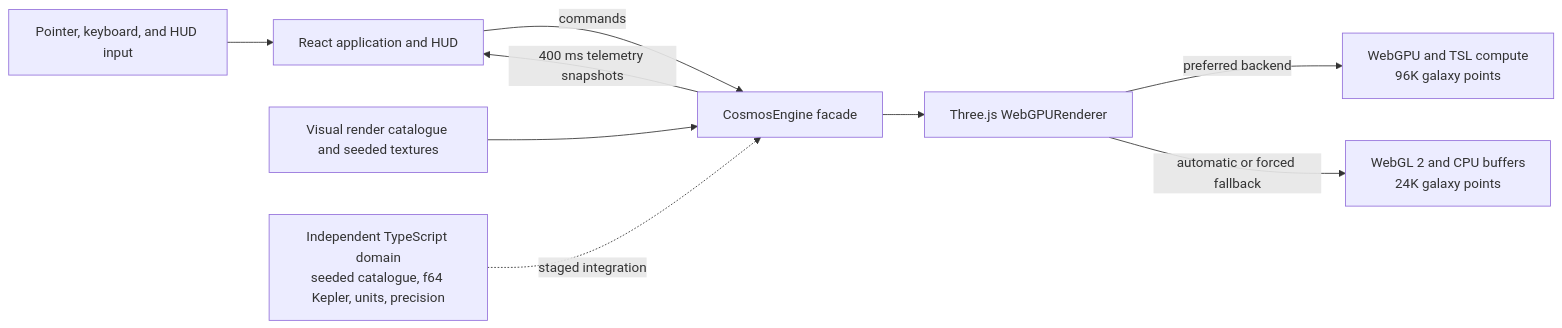
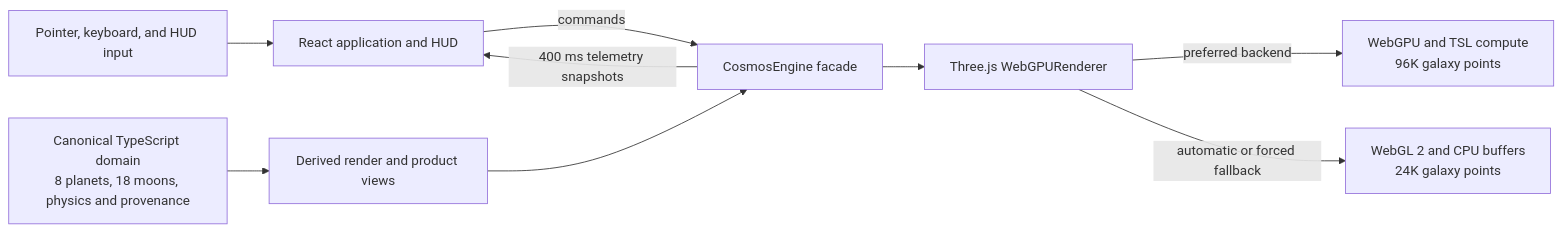
One commit to tianrking/SpaceEngine-Web changed the diagram in README.md. Above: the diagram before and after it, drawn with Mermaid. The commit also changed other lines of this file and 20 other files, not shown here.

````diff
--- a/README.md
+++ b/README.md
@@ -149,11 +162,11 @@
 ```mermaid
 flowchart LR
   User["Pointer, keyboard, and HUD input"] --> UI["React application and HUD"]
   UI -->|commands| Engine["CosmosEngine facade"]
   Engine -->|400 ms telemetry snapshots| UI
-  Catalog["Visual render catalogue and seeded textures"] --> Engine
+  Domain["Canonical TypeScript domain<br/>8 planets, 18 moons, physics and provenance"] --> Catalog["Derived render and product views"]
+  Catalog --> Engine
   Engine --> Renderer["Three.js WebGPURenderer"]
   Renderer -->|preferred backend| GPU["WebGPU and TSL compute<br/>96K galaxy points"]
   Renderer -->|automatic or forced fallback| GL["WebGL 2 and CPU buffers<br/>24K galaxy points"]
-  Domain["Independent TypeScript domain<br/>seeded catalogue, f64 Kepler, units, precision"] -. staged integration .-> Engine
 ```
````
